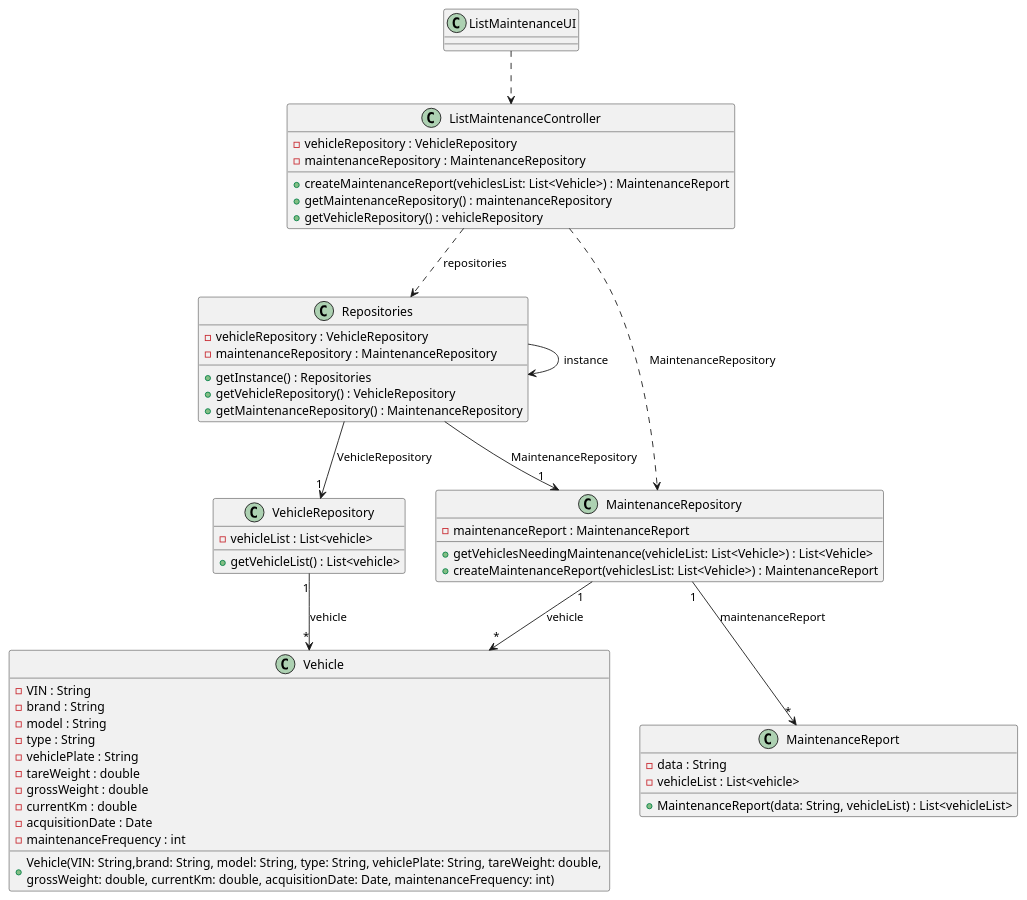
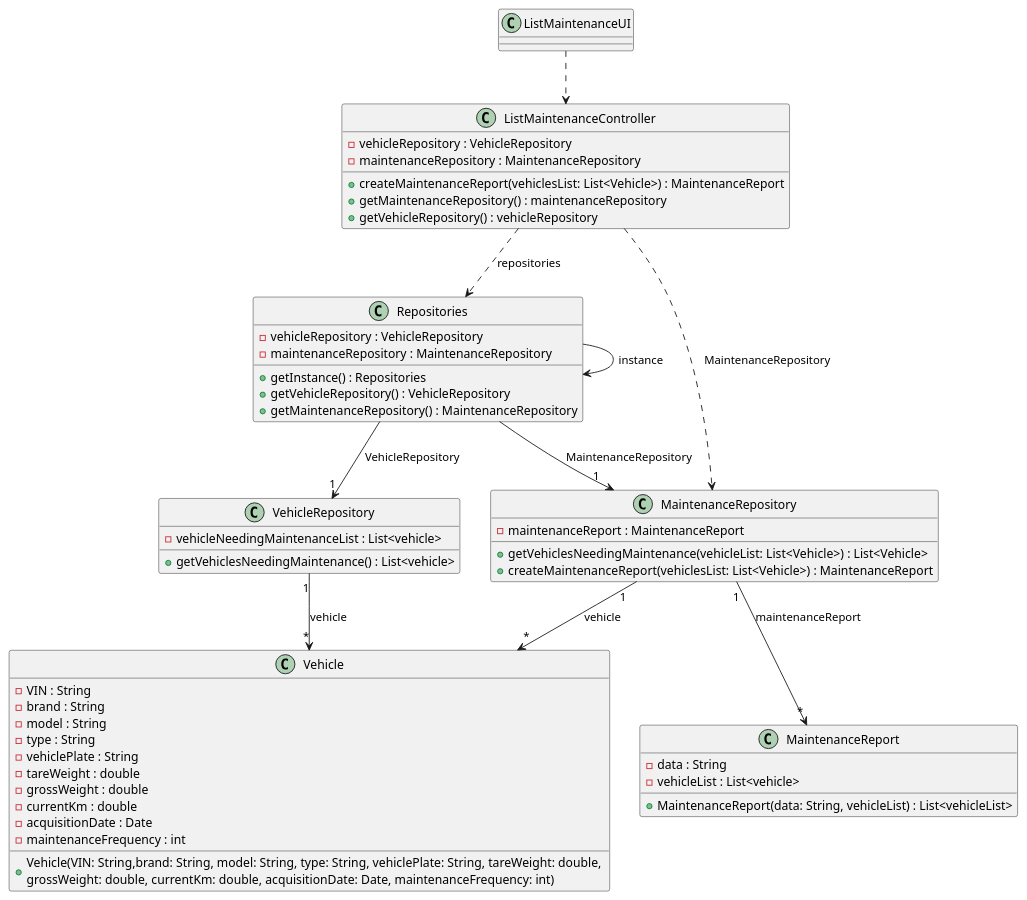
The diagram in docs/sprintB/us008/03.design/puml/us008-class-diagram.puml (ricardomm7/leaflink), drawn with PlantUML before and after one commit. The commit also changed 18 other files, not shown here.

```diff
--- a/docs/sprintB/us008/03.design/puml/us008-class-diagram.puml
+++ b/docs/sprintB/us008/03.design/puml/us008-class-diagram.puml
@@ -1,77 +1,77 @@
 @startuml
 skinparam packageStyle rectangle
 skinparam shadowing false
 skinparam line type polyline
 
 class ListMaintenanceUI{
 }
 
 class ListMaintenanceController {
     - vehicleRepository : VehicleRepository
     - maintenanceRepository : MaintenanceRepository
 
 
     + createMaintenanceReport(vehiclesList: List<Vehicle>) : MaintenanceReport
     + getMaintenanceRepository() : maintenanceRepository
     + getVehicleRepository() : vehicleRepository
 }
 
 class Repositories {
     - vehicleRepository : VehicleRepository
     - maintenanceRepository : MaintenanceRepository
 
     + getInstance() : Repositories
     + getVehicleRepository() : VehicleRepository
     + getMaintenanceRepository() : MaintenanceRepository
 }
 
 class VehicleRepository {
-    - vehicleList : List<vehicle>
+    - vehicleNeedingMaintenanceList : List<vehicle>
 
-    + getVehicleList() : List<vehicle>
+    + getVehiclesNeedingMaintenance() : List<vehicle>
 
 }
 
 class MaintenanceRepository {
     - maintenanceReport : MaintenanceReport
 
     + getVehiclesNeedingMaintenance(vehicleList: List<Vehicle>) : List<Vehicle>
     + createMaintenanceReport(vehiclesList: List<Vehicle>) : MaintenanceReport
 }
 
 class Vehicle {
      - VIN : String
      - brand : String
      - model : String
      - type : String
      - vehiclePlate : String
      - tareWeight : double
      - grossWeight : double
      - currentKm : double
      - acquisitionDate : Date
      - maintenanceFrequency : int
 
     + Vehicle(VIN: String,brand: String, model: String, type: String, vehiclePlate: String, tareWeight: double, \ngrossWeight: double, currentKm: double, acquisitionDate: Date, maintenanceFrequency: int)
 }
 
 
 
 class MaintenanceReport {
     - data : String
     - vehicleList : List<vehicle>
 
     + MaintenanceReport(data: String, vehicleList) : List<vehicleList>
 
 }
 
 ListMaintenanceUI ..> ListMaintenanceController
 ListMaintenanceController ..> Repositories: repositories
 Repositories --> Repositories: instance
 ListMaintenanceController ..> MaintenanceRepository: MaintenanceRepository
 Repositories --> "1"VehicleRepository: VehicleRepository
 Repositories --> "1"MaintenanceRepository: MaintenanceRepository
 VehicleRepository "1"--> "*"Vehicle: vehicle
 MaintenanceRepository "1"--> "*"Vehicle: vehicle
 MaintenanceRepository "1"-->"*" MaintenanceReport: maintenanceReport
 }
 @enduml
```
